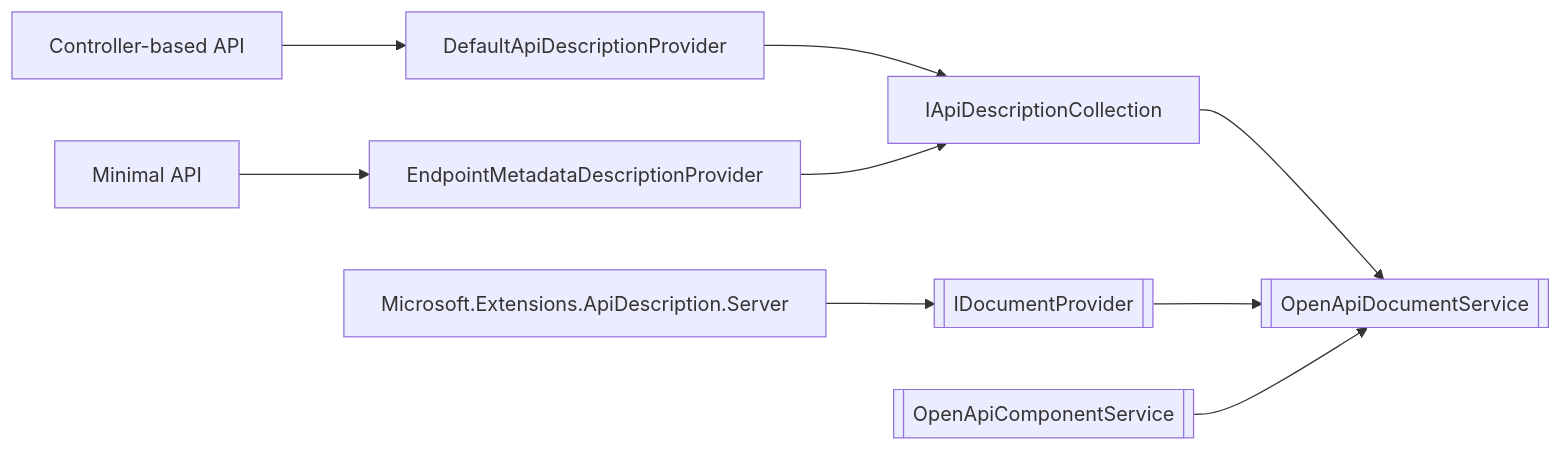
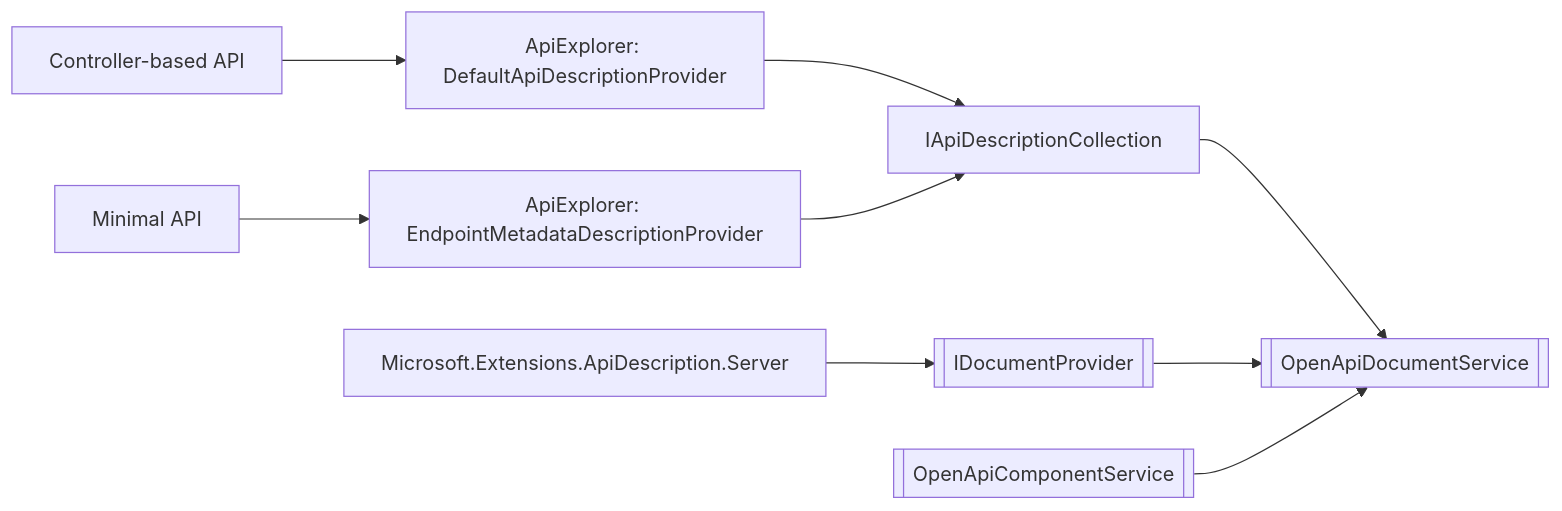
One commit to jean/blog changed the diagram in _drafts/openapi-in-aspnetcore.md. Above: the diagram before and after it, drawn with Mermaid. The commit also changed other lines of this file and 3 other files, not shown here.

```diff
--- a/_drafts/openapi-in-aspnetcore.md
+++ b/_drafts/openapi-in-aspnetcore.md
@@ -224,20 +235,20 @@
 {% mermaid %}
 flowchart LR
 	mvc[Controller-based API]
 	minapi[Minimal API]
-	defdescprov[DefaultApiDescriptionProvider]
-	endpdescprov[EndpointMetadataDescriptionProvider]
+	defdescprov[ApiExplorer: DefaultApiDescriptionProvider]
+	endpdescprov[ApiExplorer: EndpointMetadataDescriptionProvider]
 	desccoll[IApiDescriptionCollection]
 	compservice[[OpenApiComponentService]]
 	docsvc[[OpenApiDocumentService]]
 	idocprovider[[IDocumentProvider]]
 	meas[Microsoft.Extensions.ApiDescription.Server]
 	mvc --> defdescprov 
 	minapi --> endpdescprov
 	defdescprov --> desccoll
 	endpdescprov --> desccoll
 	desccoll --> docsvc
 	idocprovider --> docsvc
 	meas --> idocprovider
 	compservice --> docsvc
 {% endmermaid %}
```
